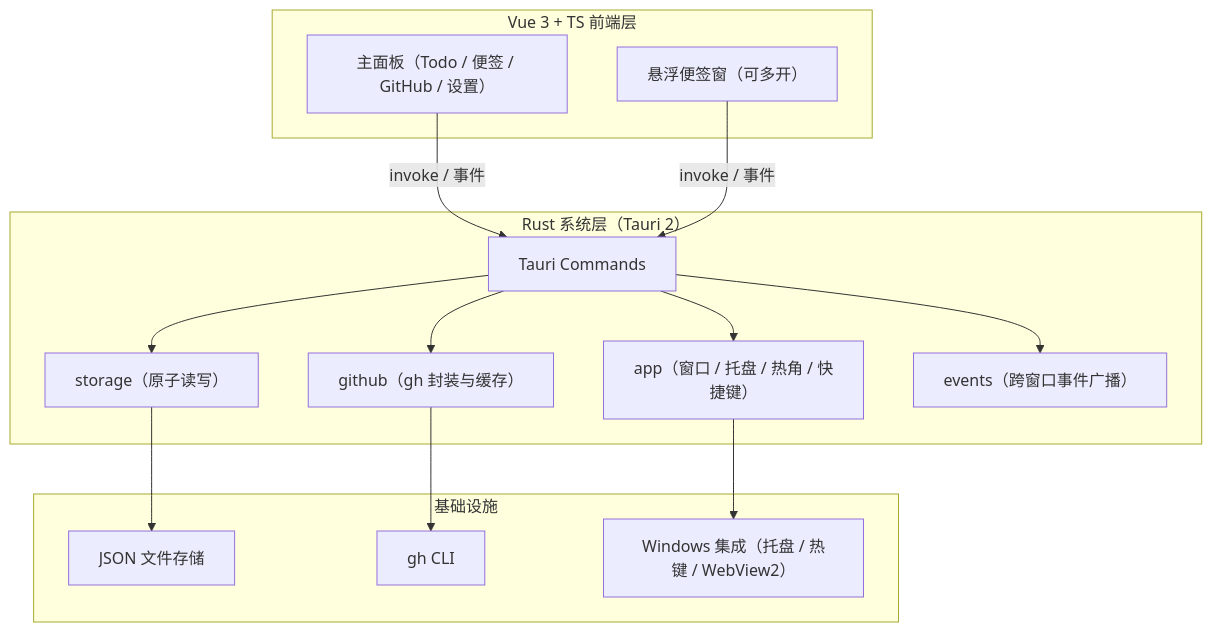
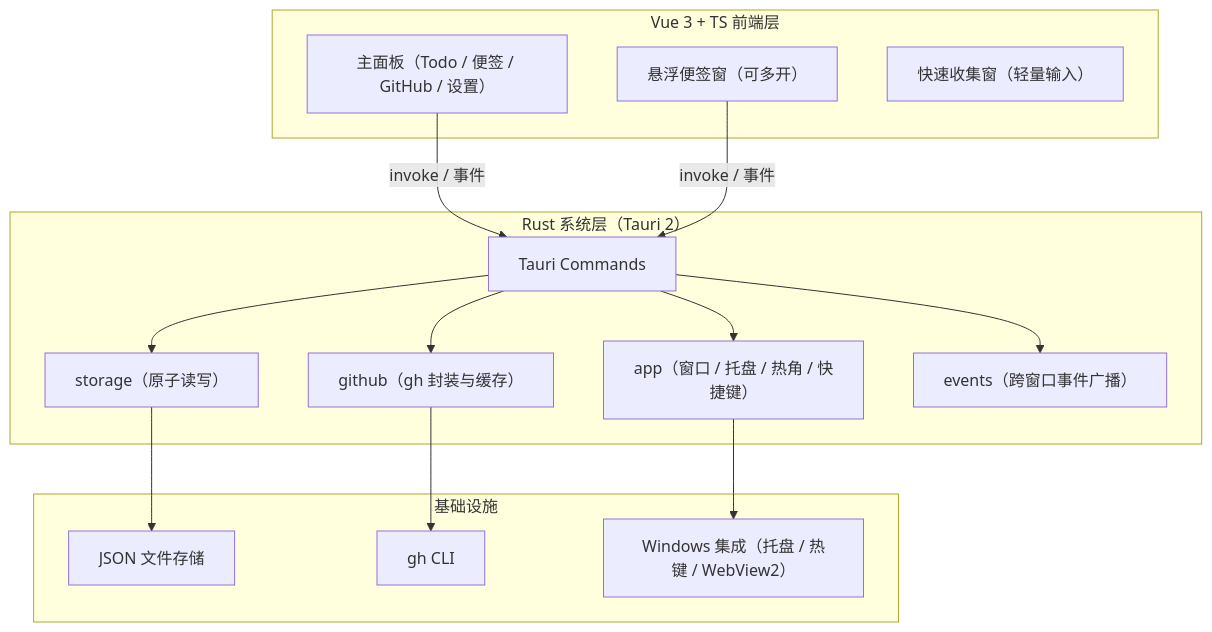
The first of 3 diagrams in docs/architecture.md (wynxing/MayDolist), drawn with Mermaid before and after one commit. The commit also changed other lines of this file and 19 other files, not shown here.

````diff
--- a/docs/architecture.md
+++ b/docs/architecture.md
@@ -61,31 +61,32 @@
 ```mermaid
 flowchart TB
     subgraph UI["Vue 3 + TS 前端层"]
         Main["主面板（Todo / 便签 / GitHub / 设置）"]
         Note["悬浮便签窗（可多开）"]
+        Quick["快速收集窗（轻量输入）"]
     end
 
     subgraph Rust["Rust 系统层（Tauri 2）"]
         Cmd["Tauri Commands"]
         App["app（窗口 / 托盘 / 热角 / 快捷键）"]
         Store["storage（原子读写）"]
         Gh["github（gh 封装与缓存）"]
         Evt["events（跨窗口事件广播）"]
     end
 
     subgraph Infra["基础设施"]
         FS["JSON 文件存储"]
         GhCli["gh CLI"]
         OS["Windows 集成（托盘 / 热键 / WebView2）"]
     end
 
     Main -->|invoke / 事件| Cmd
     Note -->|invoke / 事件| Cmd
     Cmd --> App
     Cmd --> Store
     Cmd --> Gh
     Cmd --> Evt
     Store --> FS
     Gh --> GhCli
     App --> OS
 ```
````
